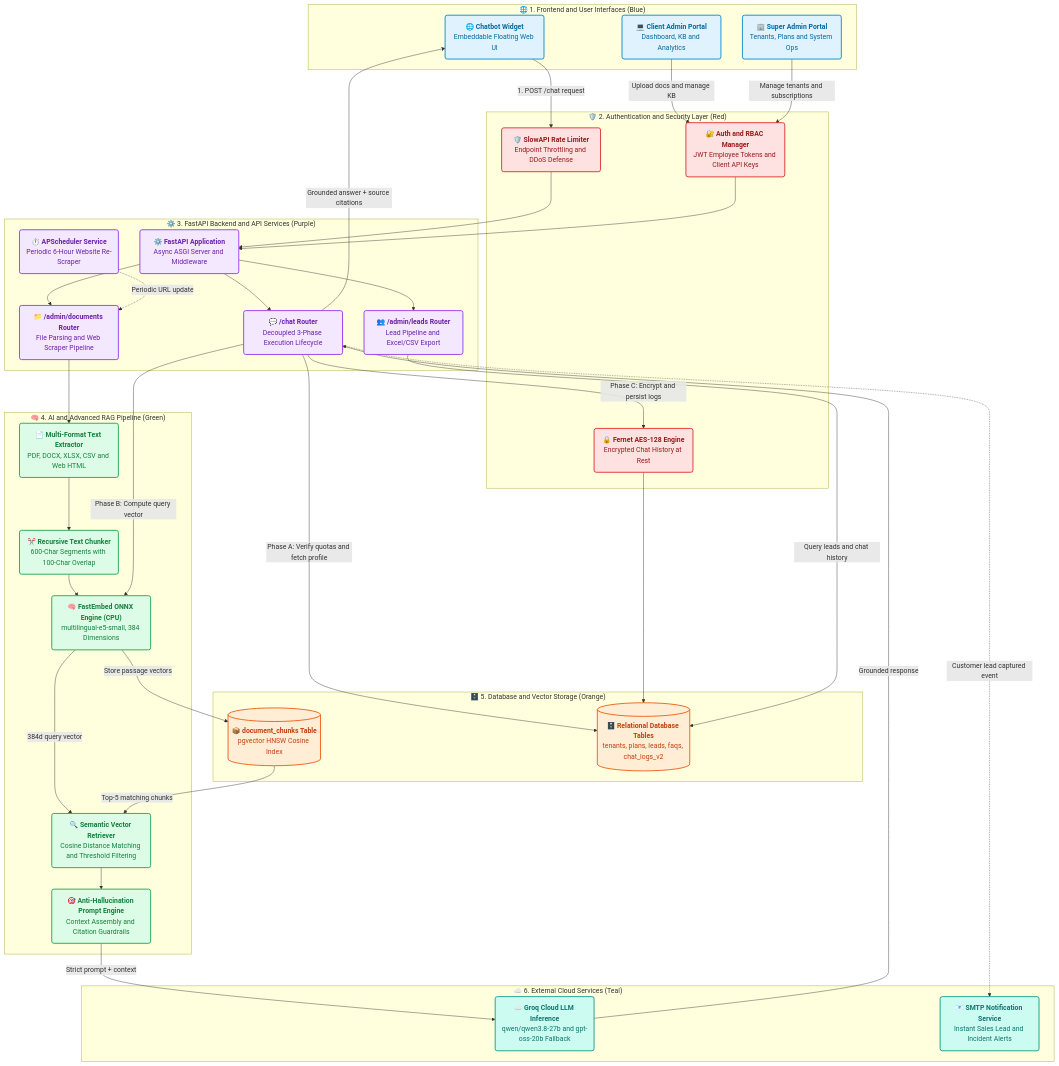
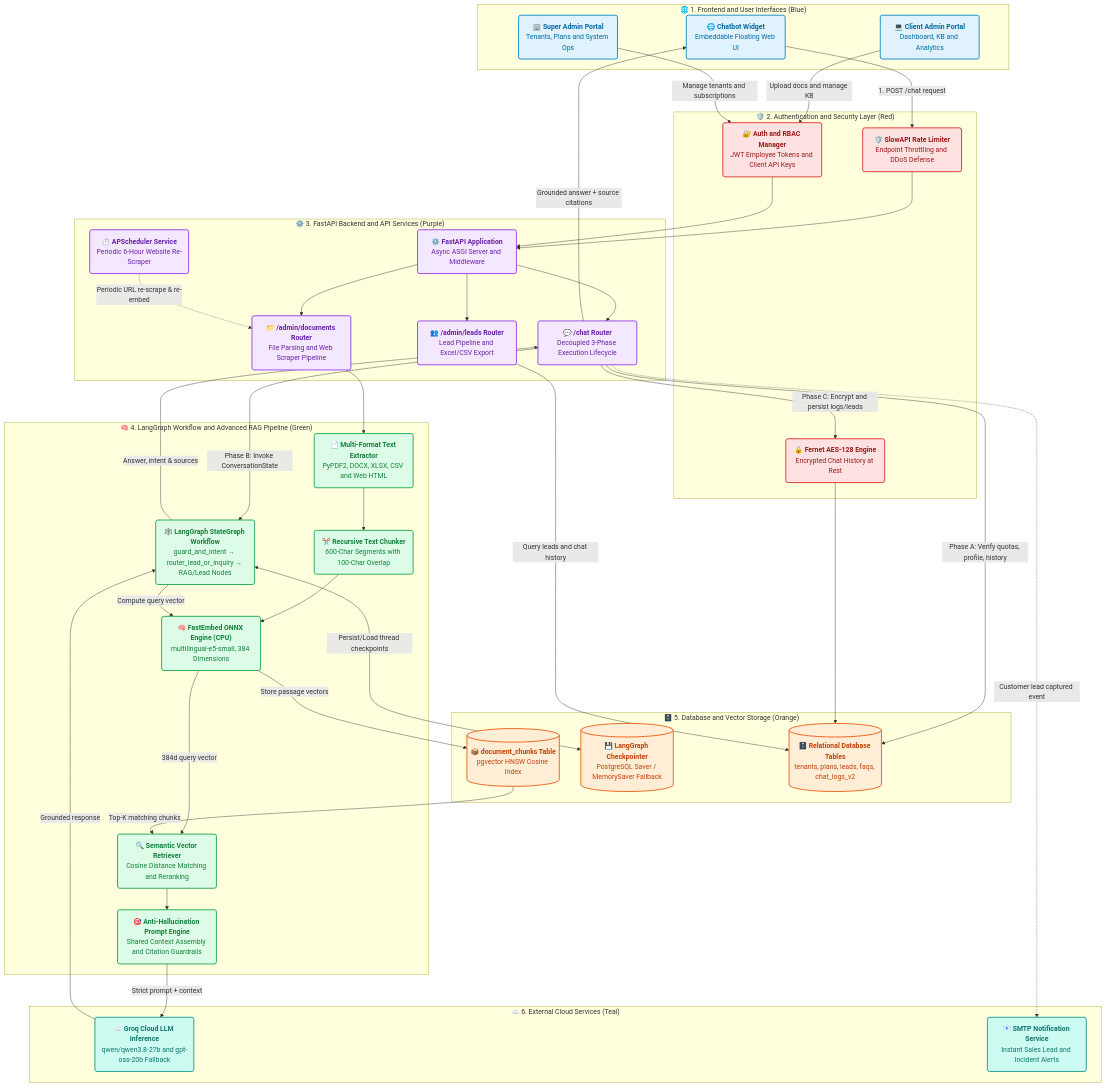
The first of 2 diagrams in README.md (rahulbicky/MANAS_BOT), drawn with Mermaid before and after one commit. The commit also changed other lines of this file and 25 other files, not shown here.

````diff
--- a/README.md
+++ b/README.md
@@ -150,14 +152,15 @@
     end
 
     %% ==========================================
-    %% 4. AI & RAG ENGINE (GREEN)
+    %% 4. AI, LANGGRAPH & RAG ENGINE (GREEN)
     %% ==========================================
-    subgraph LayerAI [" 🧠 4. AI and Advanced RAG Pipeline (Green) "]
-        DocExtractor("<b>📄 Multi-Format Text Extractor</b><br/>PDF, DOCX, XLSX, CSV and Web HTML")
+    subgraph LayerAI [" 🧠 4. LangGraph Workflow and Advanced RAG Pipeline (Green) "]
+        DocExtractor("<b>📄 Multi-Format Text Extractor</b><br/>PyPDF2, DOCX, XLSX, CSV and Web HTML")
         TextChunker("<b>✂️ Recursive Text Chunker</b><br/>600-Char Segments with 100-Char Overlap")
         FastEmbedEngine("<b>🧠 FastEmbed ONNX Engine (CPU)</b><br/>multilingual-e5-small, 384 Dimensions")
-        VectorRetriever("<b>🔍 Semantic Vector Retriever</b><br/>Cosine Distance Matching and Threshold Filtering")
-        PromptBuilder("<b>🎯 Anti-Hallucination Prompt Engine</b><br/>Context Assembly and Citation Guardrails")
+        LangGraphEngine("<b>🕸️ LangGraph StateGraph Workflow</b><br/>guard_and_intent → router_lead_or_inquiry → RAG/Lead Nodes")
+        VectorRetriever("<b>🔍 Semantic Vector Retriever</b><br/>Cosine Distance Matching and Reranking")
+        PromptBuilder("<b>🎯 Anti-Hallucination Prompt Engine</b><br/>Shared Context Assembly and Citation Guardrails")
     end
 
     %% ==========================================
@@ -165,6 +168,7 @@
     %% ==========================================
     subgraph LayerDatabase [" 🗄️ 5. Database and Vector Storage (Orange) "]
         PgVectorTable[("<b>📦 document_chunks Table</b><br/>pgvector HNSW Cosine Index")]
+        CheckpointDB[("<b>💾 LangGraph Checkpointer</b><br/>PostgreSQL Saver / MemorySaver Fallback")]
         RelationalDB[("<b>🗄️ Relational Database Tables</b><br/>tenants, plans, leads, faqs, chat_logs_v2")]
     end
 
@@ -191,7 +195,7 @@
     AuthManager --> FastAPICore
     FastAPICore --> DocsRouter
     FastAPICore --> LeadsRouter
-    Scheduler -.->|Periodic URL update| DocsRouter
+    Scheduler -.->|Periodic URL re-scrape & re-embed| DocsRouter
 
     %% Document Processing & Vector Storage
     DocsRouter --> DocExtractor
@@ -199,17 +203,20 @@
     TextChunker --> FastEmbedEngine
     FastEmbedEngine -->|Store passage vectors| PgVectorTable
 
-    %% Decoupled Chat RAG Flow
-    ChatRouter -->|Phase A: Verify quotas and fetch profile| RelationalDB
-    ChatRouter -->|Phase B: Compute query vector| FastEmbedEngine
+    %% Decoupled Chat RAG & LangGraph Flow
+    ChatRouter -->|Phase A: Verify quotas, profile, history| RelationalDB
+    ChatRouter -->|Phase B: Invoke ConversationState| LangGraphEngine
+    LangGraphEngine <-->|Persist/Load thread checkpoints| CheckpointDB
+    LangGraphEngine -->|Compute query vector| FastEmbedEngine
     FastEmbedEngine -->|384d query vector| VectorRetriever
-    PgVectorTable -->|Top-5 matching chunks| VectorRetriever
+    PgVectorTable -->|Top-K matching chunks| VectorRetriever
     VectorRetriever --> PromptBuilder
     PromptBuilder -->|Strict prompt + context| GroqLLM
 
     %% Response Delivery & Log Persistence
-    GroqLLM -->|Grounded response| ChatRouter
-    ChatRouter -->|Phase C: Encrypt and persist logs| DataEncryptor
+    GroqLLM -->|Grounded response| LangGraphEngine
+    LangGraphEngine -->|Answer, intent & sources| ChatRouter
+    ChatRouter -->|Phase C: Encrypt and persist logs/leads| DataEncryptor
     DataEncryptor --> RelationalDB
     ChatRouter -.->|Customer lead captured event| SMTPService
     ChatRouter -->|Grounded answer + source citations| UserWidget
@@ -228,7 +235,7 @@
     class UserWidget,ClientPortal,SuperPortal frontend;
     class RateLimiter,AuthManager,DataEncryptor security;
     class FastAPICore,ChatRouter,DocsRouter,LeadsRouter,Scheduler backend;
-    class DocExtractor,TextChunker,FastEmbedEngine,VectorRetriever,PromptBuilder ai;
-    class PgVectorTable,RelationalDB database;
+    class DocExtractor,TextChunker,FastEmbedEngine,LangGraphEngine,VectorRetriever,PromptBuilder ai;
+    class PgVectorTable,CheckpointDB,RelationalDB database;
     class GroqLLM,SMTPService external;
 ```
````
